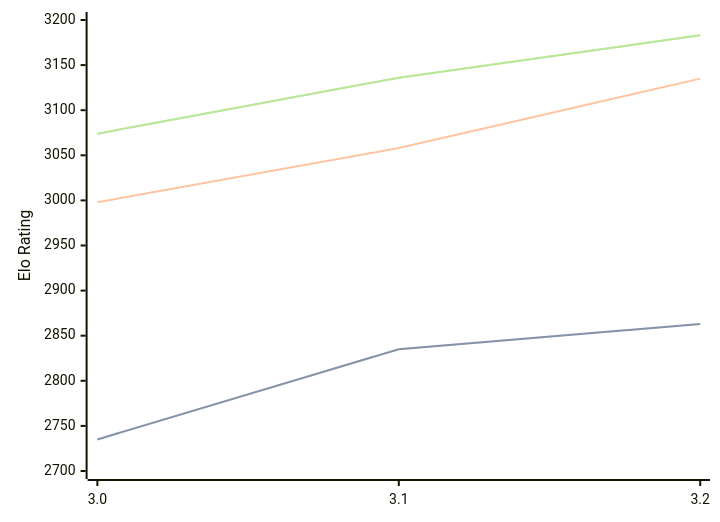
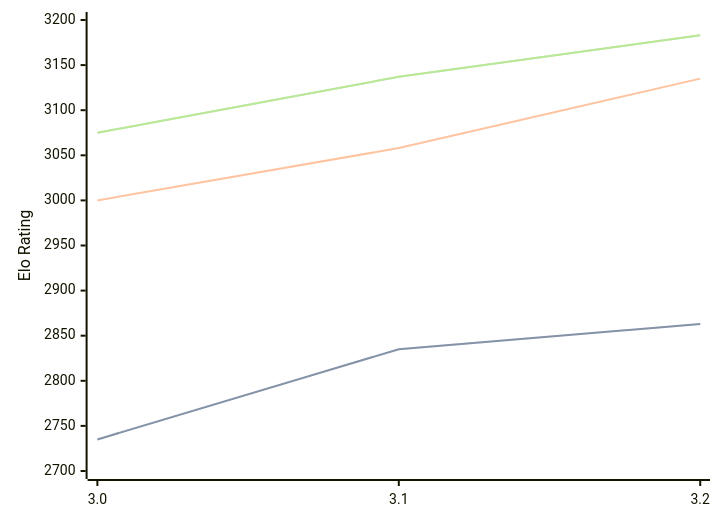
One commit to computer-chess-index/cci changed the diagram in engines/Vajolet2.md. Above: the diagram before and after it, drawn with Mermaid. The commit also changed other lines of this file, not shown here.

Commit message:
Update CCI Ratings (ELO VLTC) - 2026-09-25

````diff
--- a/engines/Vajolet2.md
+++ b/engines/Vajolet2.md
@@ -33,11 +33,11 @@
 ```mermaid
 %%{init: {"theme":"base","themeVariables":{"seriesColors:['#a3a3a3','#222221','#faa371']}}}%%
 xychart-beta
   x-axis ["3.0", "3.1", "3.2"]
   y-axis "Elo Rating" 2700 --> 3200
   line "" [2735, 2835, 2863]
   line "STC (8.0+0.08s)" [2735, 2835, 2863]
-  line "LTC (60.0+0.60s)" [2998, 3058, 3135]
-  line "" [3074, 3136, 3183]
-  line "VLTC (2m24s+1.12s)" [3074, 3136, 3183]
+  line "LTC (60.0+0.60s)" [3000, 3058, 3135]
+  line "" [3075, 3137, 3183]
+  line "VLTC (2m24s+1.12s)" [3075, 3137, 3183]
 ```
````
